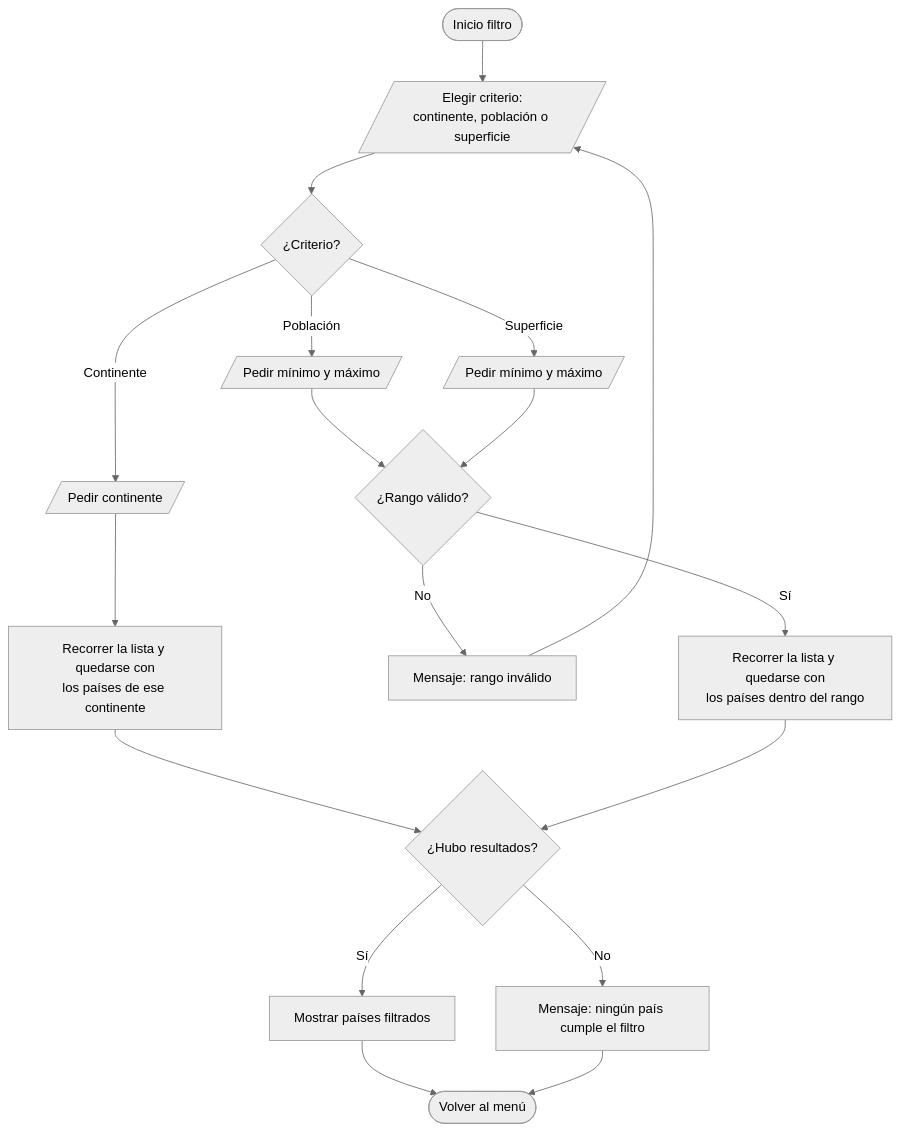
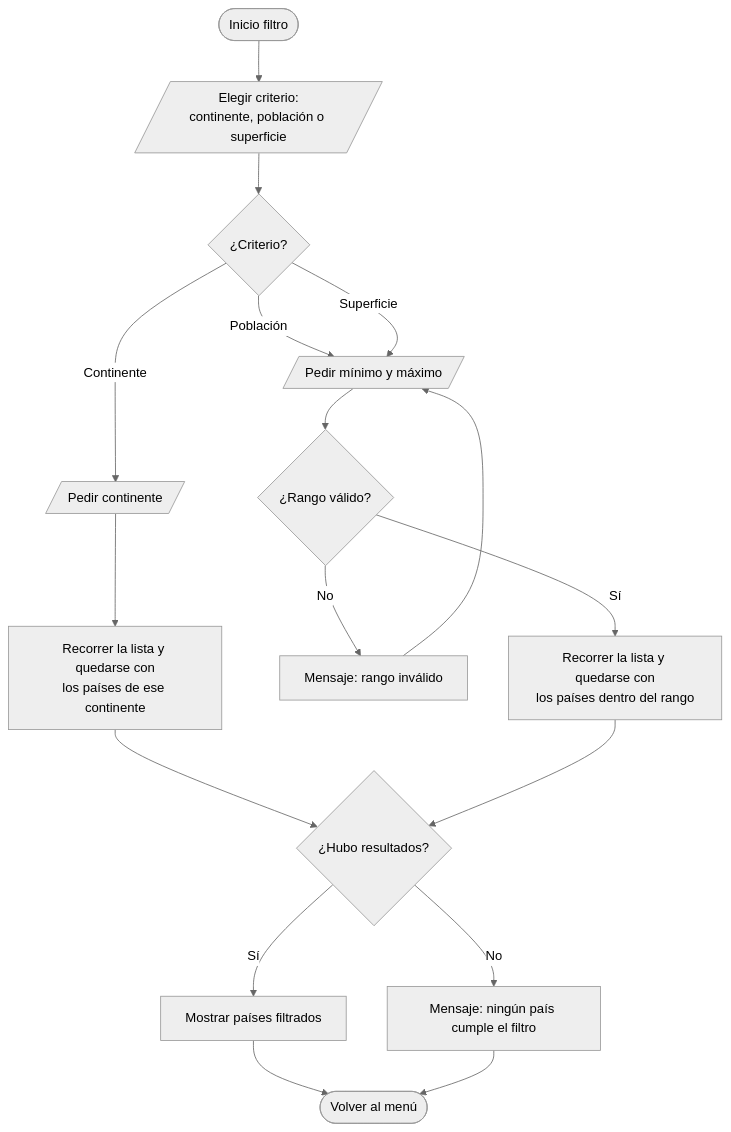
One commit to alexistdk/tpi-programacion-1 changed the fifth of 7 diagrams in docs/diagramas-flujo.md. Above: the diagram before and after it, drawn with Mermaid (neutral theme). The commit also changed other lines of this file and 1 other file, not shown here.

````diff
--- a/docs/diagramas-flujo.md
+++ b/docs/diagramas-flujo.md
@@ -95,19 +95,18 @@
 ```mermaid
 flowchart TD
     A([Inicio filtro]) --> B[/Elegir criterio:<br>continente, población o superficie/]
     B --> C{¿Criterio?}
     C -- Continente --> D[/Pedir continente/]
     D --> E[Recorrer la lista y quedarse con<br>los países de ese continente]
     C -- Población --> F[/Pedir mínimo y máximo/]
-    C -- Superficie --> G[/Pedir mínimo y máximo/]
+    C -- Superficie --> F
     F --> H{¿Rango válido?}
-    G --> H
-    H -- No --> I[Mensaje: rango inválido] --> B
+    H -- No --> I[Mensaje: rango inválido] --> F
     H -- Sí --> J[Recorrer la lista y quedarse con<br>los países dentro del rango]
     E --> K{¿Hubo resultados?}
     J --> K
     K -- Sí --> L[Mostrar países filtrados]
     K -- No --> M[Mensaje: ningún país cumple el filtro]
     L --> Z([Volver al menú])
     M --> Z
 ```
````
